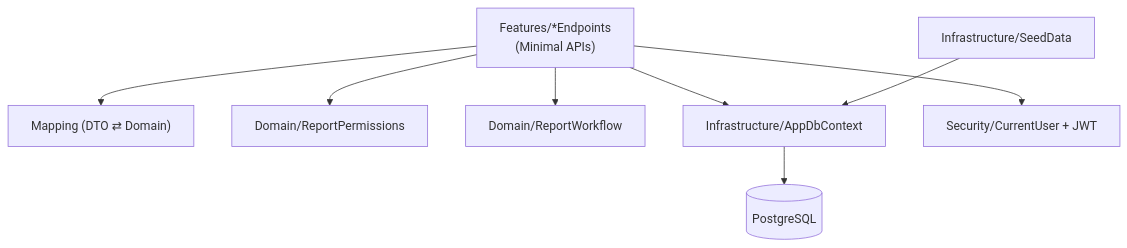
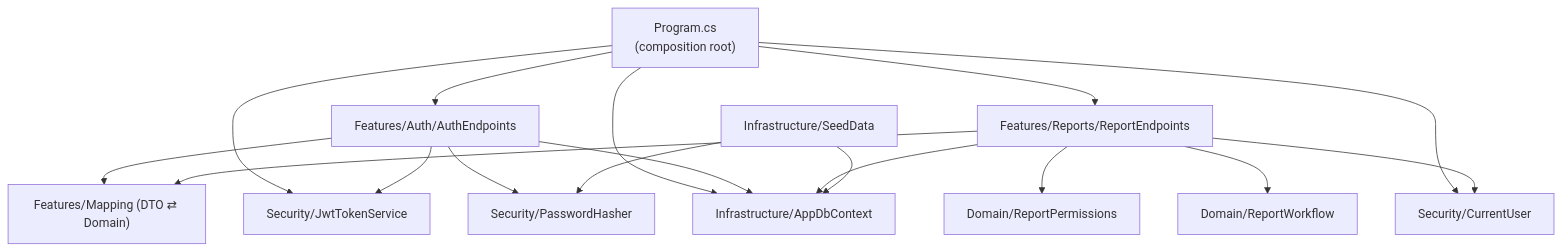
The fourth of 11 diagrams in ARCHITECTURE.md (azizmf1/azizmf1), drawn with Mermaid before and after one commit. The commit also changed other lines of this file, not shown here.

First line of the commit message:
docs: rewrite ARCHITECTURE.md in English, comprehensive (C4, ADRs, NFRs)

````diff
--- a/ARCHITECTURE.md
+++ b/ARCHITECTURE.md
@@ -125,10 +280,19 @@
 ```mermaid
 graph TD
-  EP["Features/*Endpoints<br/>(Minimal APIs)"] --> MAP["Mapping (DTO ⇄ Domain)"]
-  EP --> PERM["Domain/ReportPermissions"]
-  EP --> WF["Domain/ReportWorkflow"]
-  EP --> DB["Infrastructure/AppDbContext"]
-  EP --> SEC["Security/CurrentUser + JWT"]
-  DB --> PG[("PostgreSQL")]
-  SEED["Infrastructure/SeedData"] --> DB
+  prog["Program.cs<br/>(composition root)"]
+  authEp["Features/Auth/AuthEndpoints"]
+  repEp["Features/Reports/ReportEndpoints"]
+  map["Features/Mapping (DTO ⇄ Domain)"]
+  perm["Domain/ReportPermissions"]
+  wf["Domain/ReportWorkflow"]
+  ctx["Infrastructure/AppDbContext"]
+  seed["Infrastructure/SeedData"]
+  jwt["Security/JwtTokenService"]
+  cur["Security/CurrentUser"]
+  hash["Security/PasswordHasher"]
+
+  prog --> authEp & repEp & ctx & jwt & cur
+  authEp --> map & jwt & hash & ctx
+  repEp --> map & perm & wf & cur & ctx
+  seed --> ctx & hash
 ```
````
